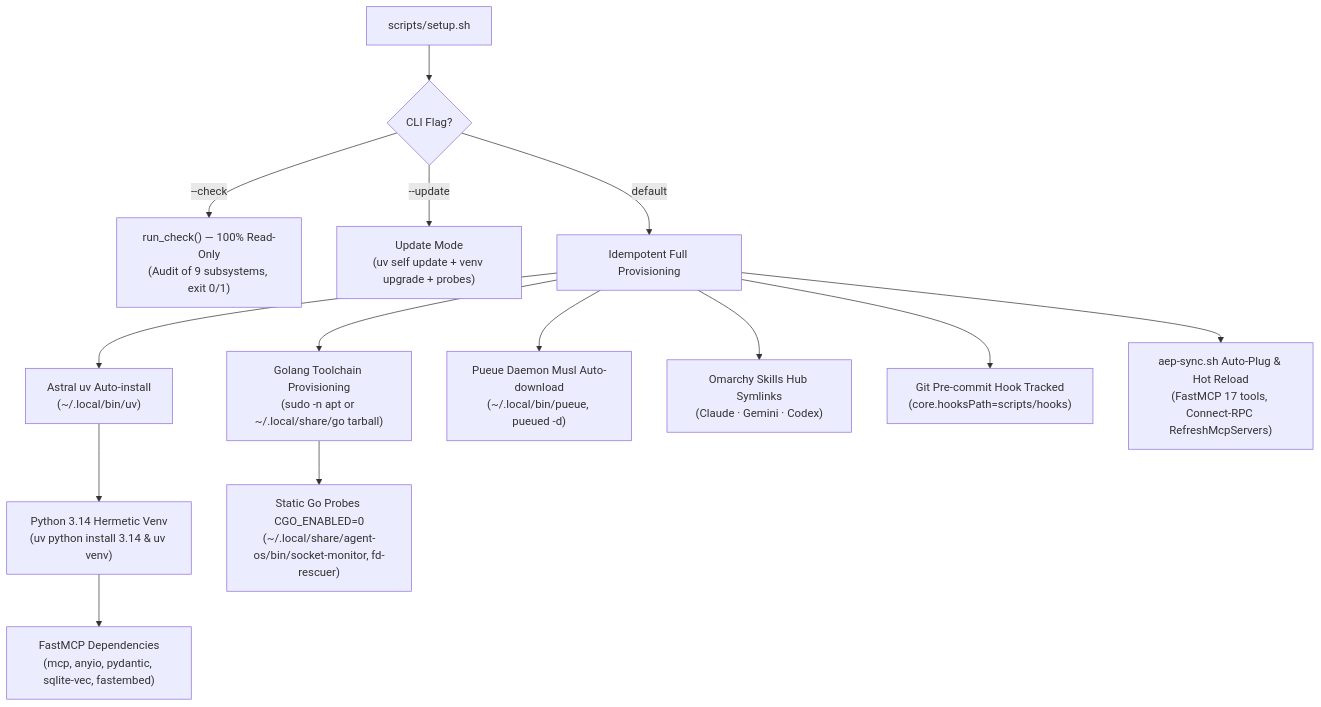
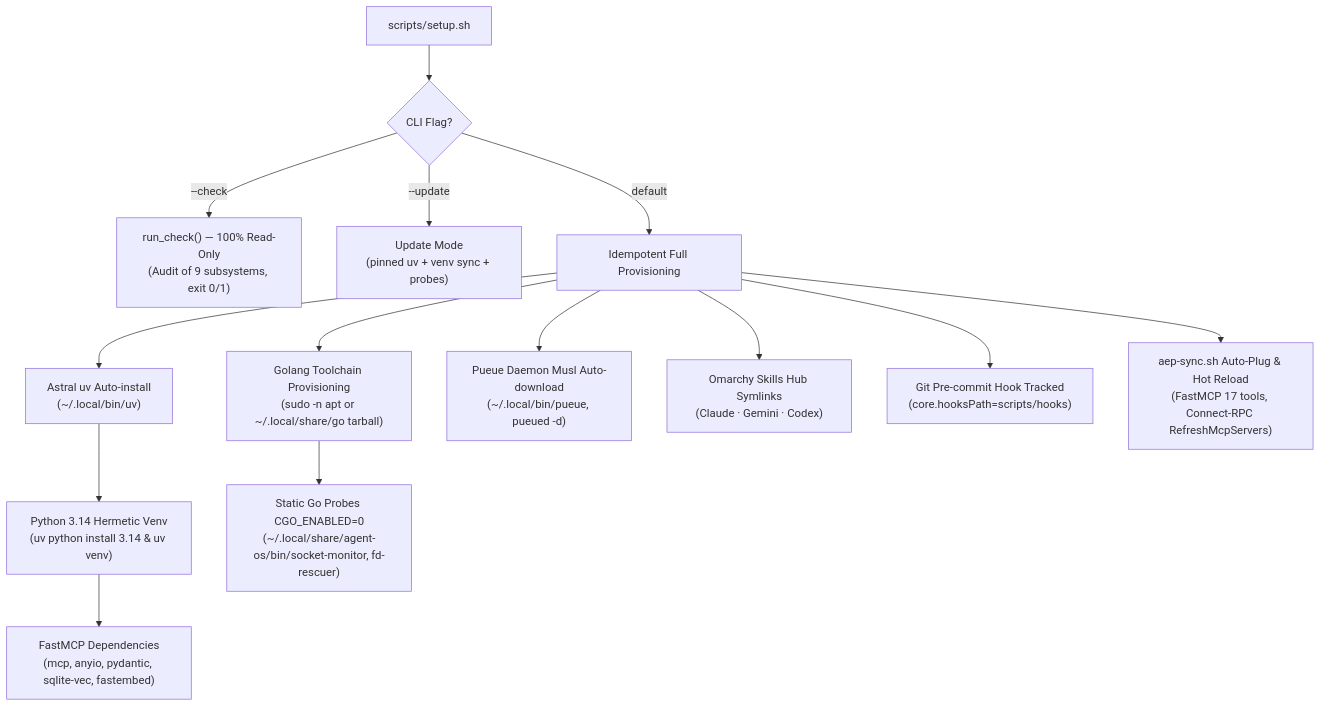
Diagram 23 of 24 in README.md (ancrz/agent-execution-plane), drawn with Mermaid before and after one commit. The commit also changed other lines of this file and 1 other file, not shown here.

First line of the commit message:
fix(setup): README Requisitos section; aep-sync uses mktemp instead of fixed /tmp paths

````diff
--- a/README.md
+++ b/README.md
@@ -1182,17 +1204,17 @@
 ```mermaid
 flowchart TD
     A["scripts/setup.sh"] --> Flag{"CLI Flag?"}
     Flag -->|"--check"| CHK["run_check() — 100% Read-Only<br/>(Audit of 9 subsystems, exit 0/1)"]
-    Flag -->|"--update"| UPD["Update Mode<br/>(uv self update + venv upgrade + probes)"]
+    Flag -->|"--update"| UPD["Update Mode<br/>(pinned uv + venv sync + probes)"]
     Flag -->|"default"| PROV["Idempotent Full Provisioning"]
 
     PROV --> B1["Astral uv Auto-install<br/>(~/.local/bin/uv)"]
     B1 --> B2["Python 3.14 Hermetic Venv<br/>(uv python install 3.14 & uv venv)"]
     B2 --> B3["FastMCP Dependencies<br/>(mcp, anyio, pydantic, sqlite-vec, fastembed)"]
     PROV --> G1["Golang Toolchain Provisioning<br/>(sudo -n apt or ~/.local/share/go tarball)"]
     G1 --> G2["Static Go Probes CGO_ENABLED=0<br/>(~/.local/share/agent-os/bin/socket-monitor, fd-rescuer)"]
     PROV --> P1["Pueue Daemon Musl Auto-download<br/>(~/.local/bin/pueue, pueued -d)"]
     PROV --> S1["Omarchy Skills Hub Symlinks<br/>(Claude · Gemini · Codex)"]
     PROV --> S2["Git Pre-commit Hook Tracked<br/>(core.hooksPath=scripts/hooks)"]
     PROV --> S3["aep-sync.sh Auto-Plug & Hot Reload<br/>(FastMCP 17 tools, Connect-RPC RefreshMcpServers)"]
 ```
````
